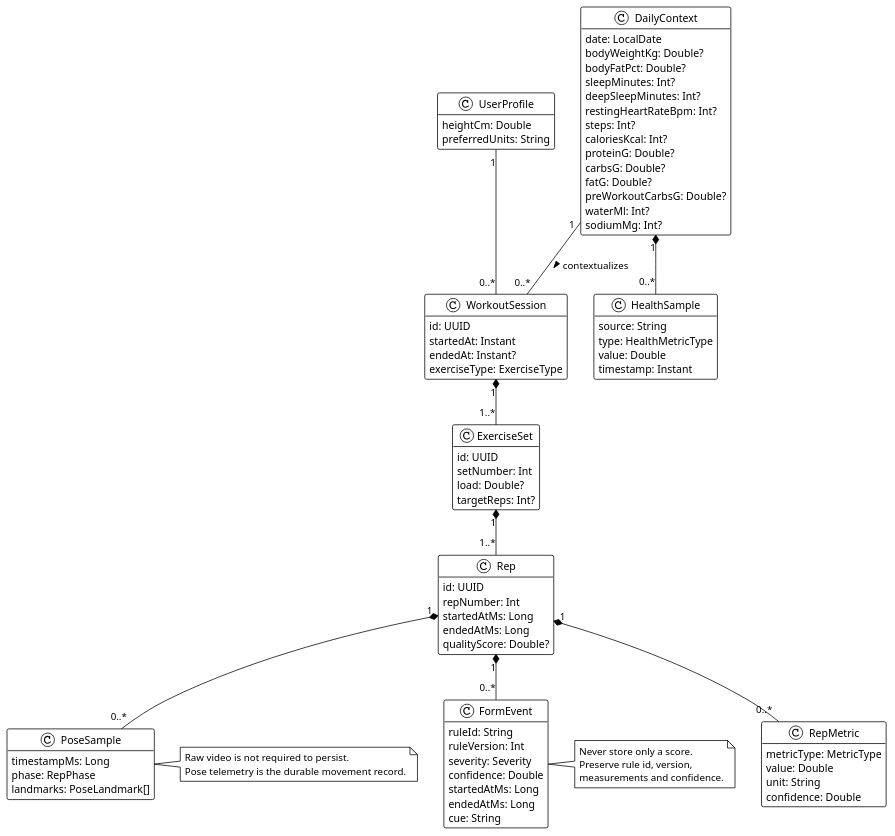
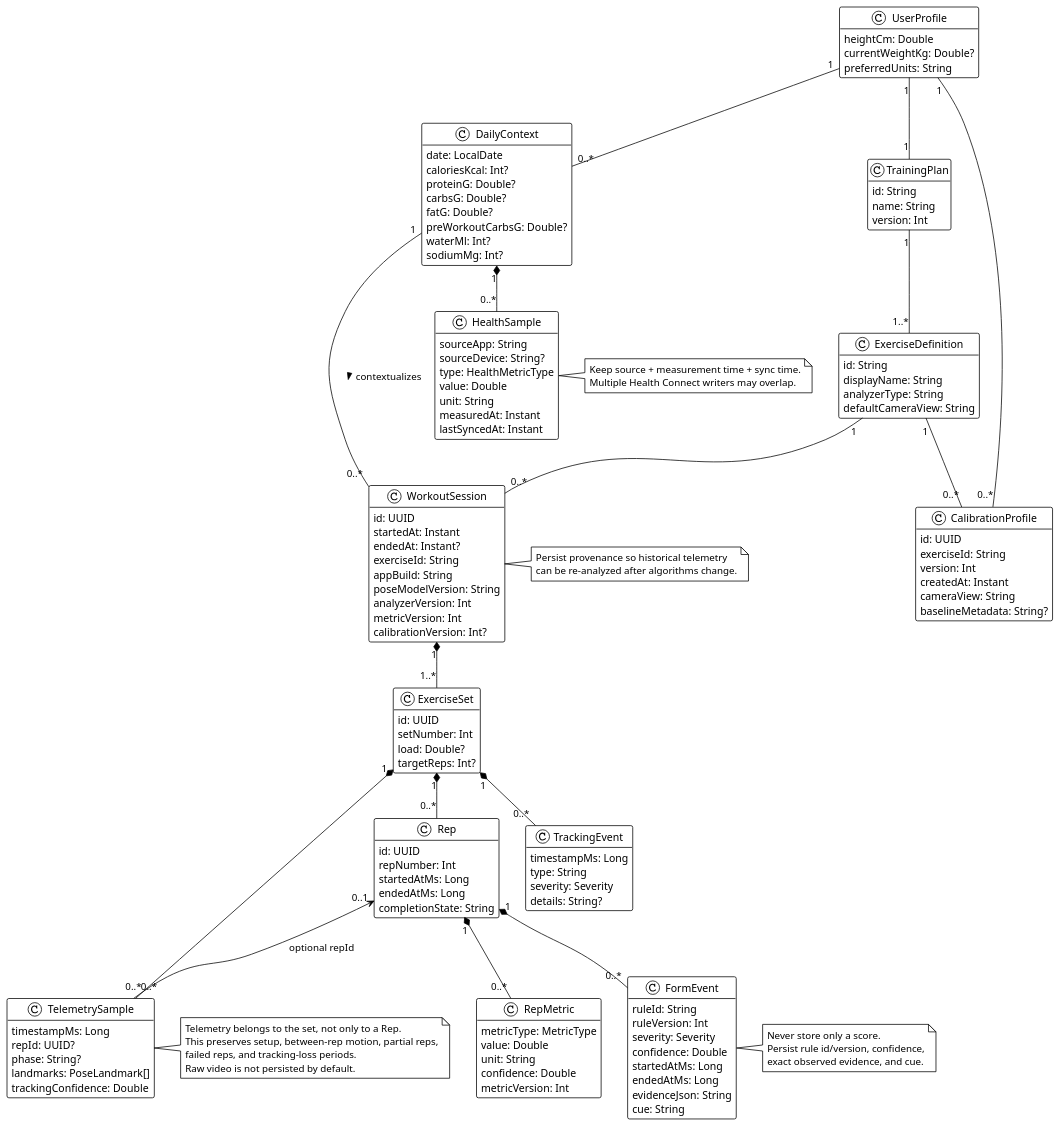
Before and after one commit to lazerta/gym-buddy: the diagram in docs/uml/03-domain-model.puml, drawn with PlantUML.

Commit message:
Refine Gym Buddy domain and telemetry model

```diff
--- a/docs/uml/03-domain-model.puml
+++ b/docs/uml/03-domain-model.puml
@@ -1,100 +1,155 @@
 @startuml
 !theme plain
 skinparam shadowing false
 hide methods
 
 class UserProfile {
   heightCm: Double
+  currentWeightKg: Double?
   preferredUnits: String
+}
+
+class TrainingPlan {
+  id: String
+  name: String
+  version: Int
+}
+
+class ExerciseDefinition {
+  id: String
+  displayName: String
+  analyzerType: String
+  defaultCameraView: String
+}
+
+class CalibrationProfile {
+  id: UUID
+  exerciseId: String
+  version: Int
+  createdAt: Instant
+  cameraView: String
+  baselineMetadata: String?
 }
 
 class DailyContext {
   date: LocalDate
-  bodyWeightKg: Double?
-  bodyFatPct: Double?
-  sleepMinutes: Int?
-  deepSleepMinutes: Int?
-  restingHeartRateBpm: Int?
-  steps: Int?
   caloriesKcal: Int?
   proteinG: Double?
   carbsG: Double?
   fatG: Double?
   preWorkoutCarbsG: Double?
   waterMl: Int?
   sodiumMg: Int?
 }
 
+class HealthSample {
+  sourceApp: String
+  sourceDevice: String?
+  type: HealthMetricType
+  value: Double
+  unit: String
+  measuredAt: Instant
+  lastSyncedAt: Instant
+}
+
 class WorkoutSession {
   id: UUID
   startedAt: Instant
   endedAt: Instant?
-  exerciseType: ExerciseType
+  exerciseId: String
+  appBuild: String
+  poseModelVersion: String
+  analyzerVersion: Int
+  metricVersion: Int
+  calibrationVersion: Int?
 }
 
 class ExerciseSet {
   id: UUID
   setNumber: Int
   load: Double?
   targetReps: Int?
 }
 
 class Rep {
   id: UUID
   repNumber: Int
   startedAtMs: Long
   endedAtMs: Long
-  qualityScore: Double?
+  completionState: String
 }
 
-class PoseSample {
+class TelemetrySample {
   timestampMs: Long
-  phase: RepPhase
+  repId: UUID?
+  phase: String?
   landmarks: PoseLandmark[]
+  trackingConfidence: Double
+}
+
+class TrackingEvent {
+  timestampMs: Long
+  type: String
+  severity: Severity
+  details: String?
 }
 
 class RepMetric {
   metricType: MetricType
   value: Double
   unit: String
   confidence: Double
+  metricVersion: Int
 }
 
 class FormEvent {
   ruleId: String
   ruleVersion: Int
   severity: Severity
   confidence: Double
   startedAtMs: Long
   endedAtMs: Long
+  evidenceJson: String
   cue: String
 }
 
-class HealthSample {
-  source: String
-  type: HealthMetricType
-  value: Double
-  timestamp: Instant
-}
-
-UserProfile "1" -- "0..*" WorkoutSession
+UserProfile "1" -- "1" TrainingPlan
+TrainingPlan "1" -- "1..*" ExerciseDefinition
+UserProfile "1" -- "0..*" CalibrationProfile
+ExerciseDefinition "1" -- "0..*" CalibrationProfile
+UserProfile "1" -- "0..*" DailyContext
+DailyContext "1" *-- "0..*" HealthSample
 DailyContext "1" -- "0..*" WorkoutSession : contextualizes >
+ExerciseDefinition "1" -- "0..*" WorkoutSession
 WorkoutSession "1" *-- "1..*" ExerciseSet
-ExerciseSet "1" *-- "1..*" Rep
-Rep "1" *-- "0..*" PoseSample
+ExerciseSet "1" *-- "0..*" TelemetrySample
+ExerciseSet "1" *-- "0..*" TrackingEvent
+ExerciseSet "1" *-- "0..*" Rep
+Rep "0..1" <-- "0..*" TelemetrySample : optional repId
 Rep "1" *-- "0..*" RepMetric
 Rep "1" *-- "0..*" FormEvent
-DailyContext "1" *-- "0..*" HealthSample
 
-note right of PoseSample
-Raw video is not required to persist.
-Pose telemetry is the durable movement record.
+note right of TelemetrySample
+Telemetry belongs to the set, not only to a Rep.
+This preserves setup, between-rep motion, partial reps,
+failed reps, and tracking-loss periods.
+Raw video is not persisted by default.
 end note
 
 note right of FormEvent
 Never store only a score.
-Preserve rule id, version,
-measurements and confidence.
+Persist rule id/version, confidence,
+exact observed evidence, and cue.
+end note
+
+note right of WorkoutSession
+Persist provenance so historical telemetry
+can be re-analyzed after algorithms change.
+end note
+
+note right of HealthSample
+Keep source + measurement time + sync time.
+Multiple Health Connect writers may overlap.
 end note
 
 @enduml
```
